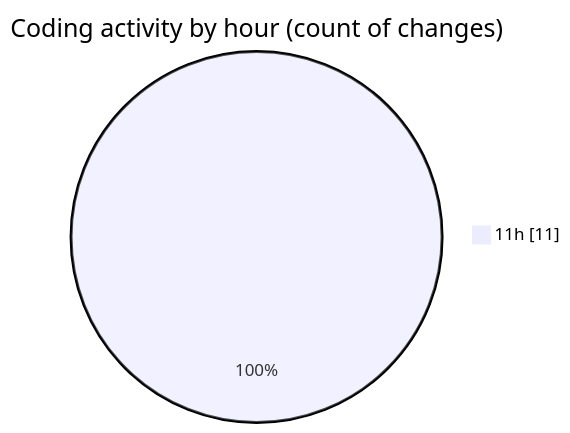
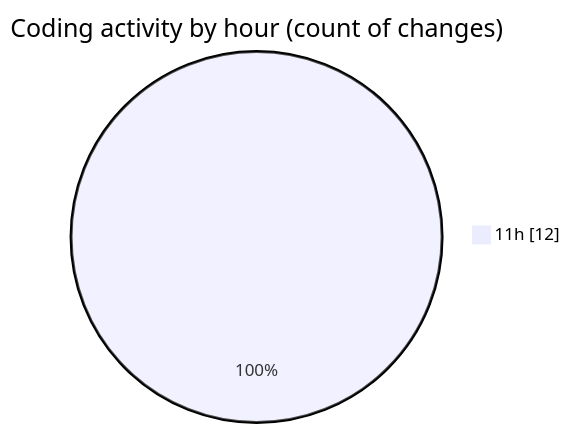
One commit to robertbonfada/code-tracking changed the second of 2 diagrams in 2025-01-25/termonied-web/README.md. Above: the diagram before and after it, drawn with Mermaid. The commit also changed other lines of this file and 1 other file, not shown here.

````diff
--- a/2025-01-25/termonied-web/README.md
+++ b/2025-01-25/termonied-web/README.md
@@ -30,5 +30,5 @@
 ```mermaid
 pie showData
 title Coding activity by hour (count of changes)
-"11h" : 11
+"11h" : 12
 ```
````
